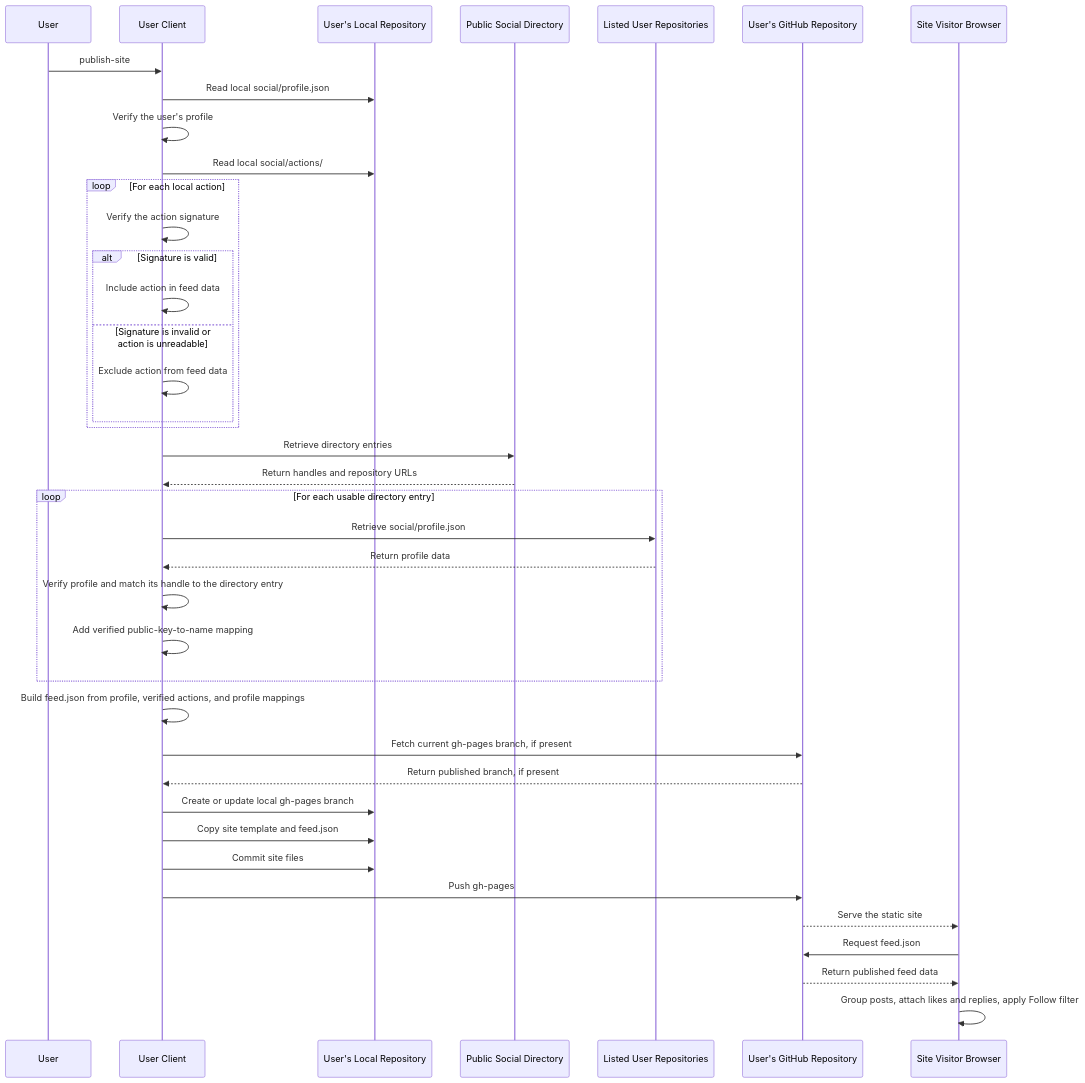
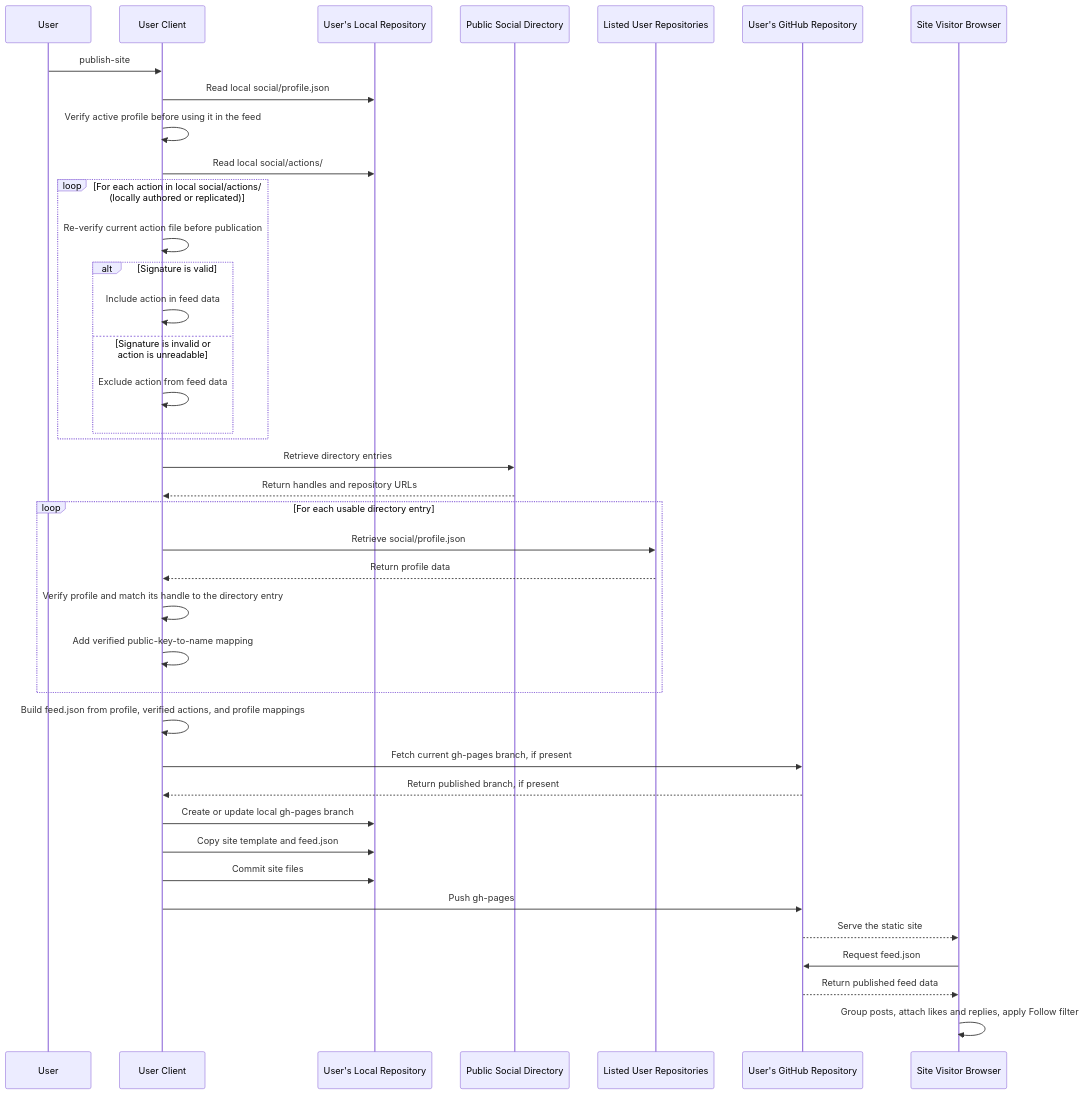
Before and after one commit to gargster/ELEC4712_Decentralised_Blog: the seventh of 7 diagrams in latest_design.md, drawn with Mermaid. The commit also changed other lines of this file and 1 other file, not shown here.

````diff
--- a/latest_design.md
+++ b/latest_design.md
@@ -241,46 +252,46 @@
 ```mermaid
 sequenceDiagram
     participant User
     participant Client as User Client
     participant Local as User's Local Repository
     participant Directory as Public Social Directory
     participant Profiles as Listed User Repositories
     participant GitHub as User's GitHub Repository
     participant Browser as Site Visitor Browser
 
     User->>Client: publish-site
     Client->>Local: Read local social/profile.json
-    Client->>Client: Verify the user's profile
+    Client->>Client: Verify active profile before using it in the feed
     Client->>Local: Read local social/actions/
 
-    loop For each local action
-        Client->>Client: Verify the action signature
+    loop For each action in local social/actions/ (locally authored or replicated)
+        Client->>Client: Re-verify current action file before publication
         alt Signature is valid
             Client->>Client: Include action in feed data
         else Signature is invalid or action is unreadable
             Client->>Client: Exclude action from feed data
         end
     end
 
     Client->>Directory: Retrieve directory entries
     Directory-->>Client: Return handles and repository URLs
 
     loop For each usable directory entry
         Client->>Profiles: Retrieve social/profile.json
         Profiles-->>Client: Return profile data
         Client->>Client: Verify profile and match its handle to the directory entry
         Client->>Client: Add verified public-key-to-name mapping
     end
 
     Client->>Client: Build feed.json from profile, verified actions, and profile mappings
     Client->>GitHub: Fetch current gh-pages branch, if present
     GitHub-->>Client: Return published branch, if present
     Client->>Local: Create or update local gh-pages branch
     Client->>Local: Copy site template and feed.json
     Client->>Local: Commit site files
     Client->>GitHub: Push gh-pages
     GitHub-->>Browser: Serve the static site
     Browser->>GitHub: Request feed.json
     GitHub-->>Browser: Return published feed data
     Browser->>Browser: Group posts, attach likes and replies, apply Follow filter
 ```
````
